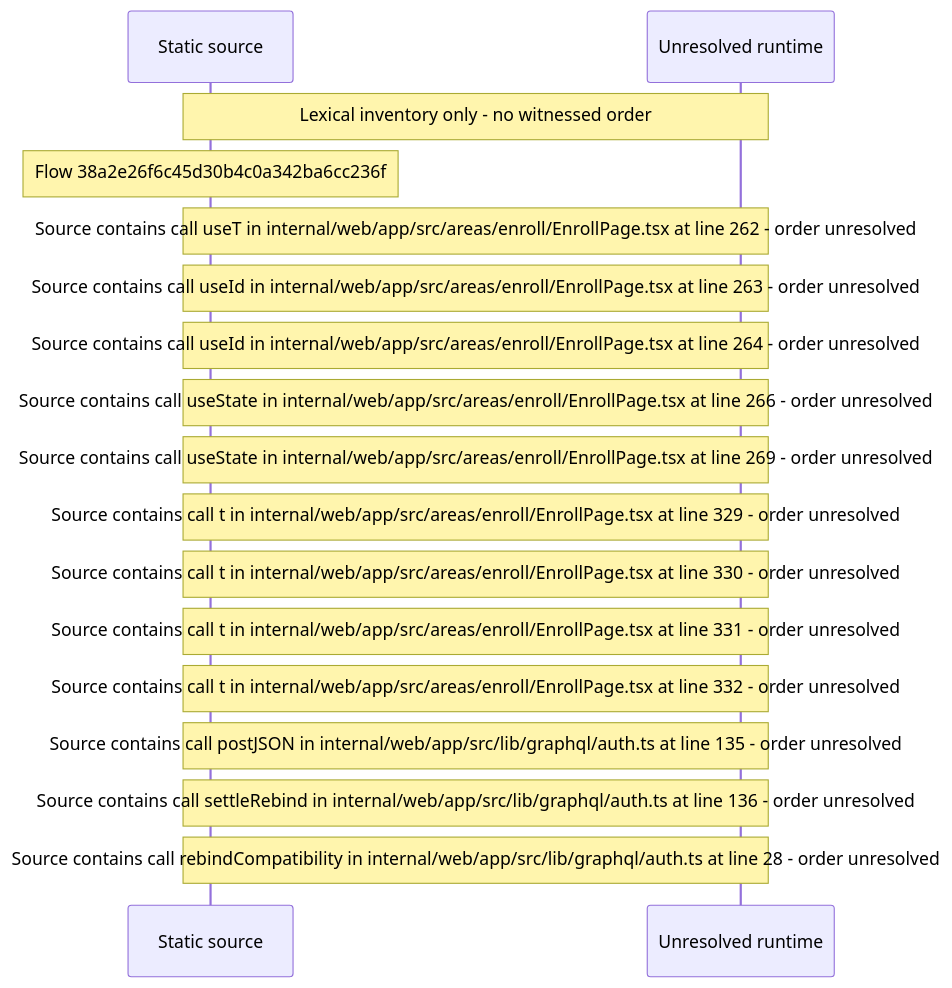
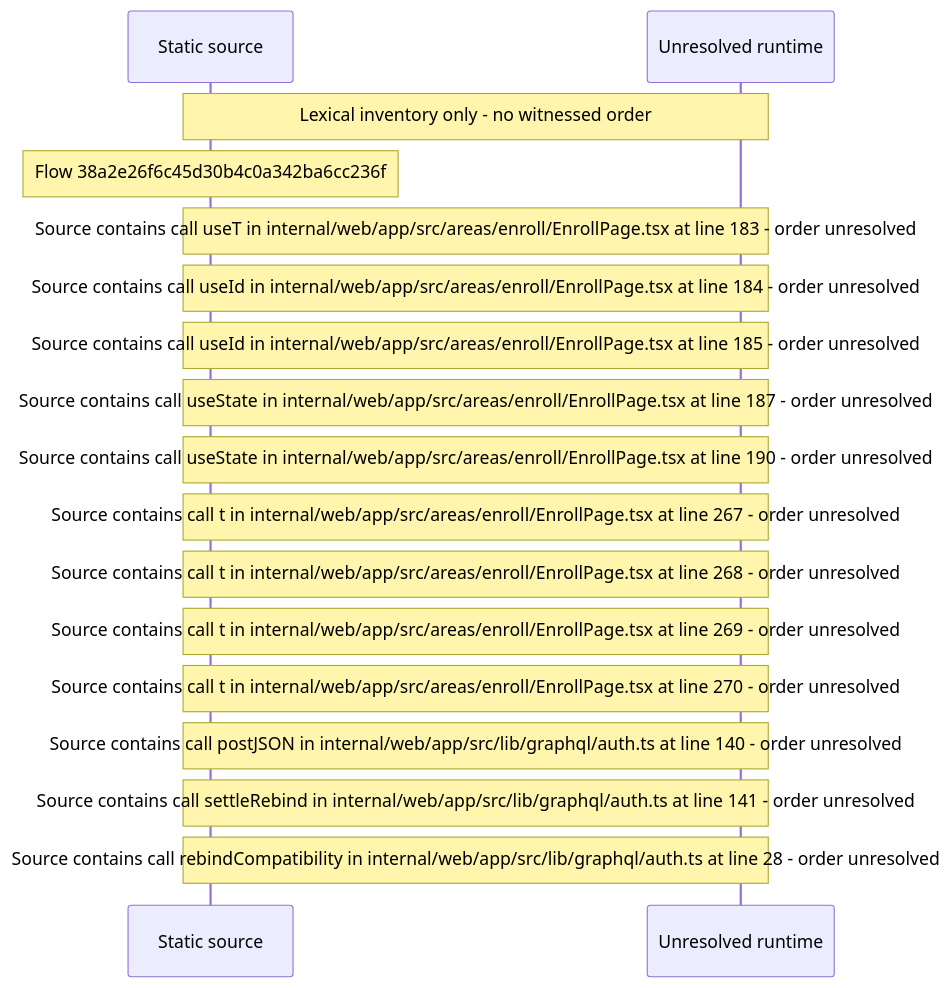
The diagram in docs/web/flows/generated/38a2e26f6c45d30b4c0a342ba6cc236f/flow-diagram.md (beamfall/core), drawn with Mermaid before and after one commit. The commit also changed other lines of this file and 715 other files, not shown here.

First line of the commit message:
Regenerate the web flow record on main after CORE-1117

````diff
--- a/docs/web/flows/generated/38a2e26f6c45d30b4c0a342ba6cc236f/flow-diagram.md
+++ b/docs/web/flows/generated/38a2e26f6c45d30b4c0a342ba6cc236f/flow-diagram.md
@@ -10,19 +10,19 @@
 ```mermaid
 sequenceDiagram
     participant S as Static source
     participant U as Unresolved runtime
     Note over S,U: Lexical inventory only - no witnessed order
     Note over S: Flow 38a2e26f6c45d30b4c0a342ba6cc236f
-    Note over S,U: Source contains call useT in internal/web/app/src/areas/enroll/EnrollPage.tsx at line 262 - order unresolved
-    Note over S,U: Source contains call useId in internal/web/app/src/areas/enroll/EnrollPage.tsx at line 263 - order unresolved
-    Note over S,U: Source contains call useId in internal/web/app/src/areas/enroll/EnrollPage.tsx at line 264 - order unresolved
-    Note over S,U: Source contains call useState in internal/web/app/src/areas/enroll/EnrollPage.tsx at line 266 - order unresolved
-    Note over S,U: Source contains call useState in internal/web/app/src/areas/enroll/EnrollPage.tsx at line 269 - order unresolved
-    Note over S,U: Source contains call t in internal/web/app/src/areas/enroll/EnrollPage.tsx at line 329 - order unresolved
-    Note over S,U: Source contains call t in internal/web/app/src/areas/enroll/EnrollPage.tsx at line 330 - order unresolved
-    Note over S,U: Source contains call t in internal/web/app/src/areas/enroll/EnrollPage.tsx at line 331 - order unresolved
-    Note over S,U: Source contains call t in internal/web/app/src/areas/enroll/EnrollPage.tsx at line 332 - order unresolved
-    Note over S,U: Source contains call postJSON in internal/web/app/src/lib/graphql/auth.ts at line 135 - order unresolved
-    Note over S,U: Source contains call settleRebind in internal/web/app/src/lib/graphql/auth.ts at line 136 - order unresolved
+    Note over S,U: Source contains call useT in internal/web/app/src/areas/enroll/EnrollPage.tsx at line 183 - order unresolved
+    Note over S,U: Source contains call useId in internal/web/app/src/areas/enroll/EnrollPage.tsx at line 184 - order unresolved
+    Note over S,U: Source contains call useId in internal/web/app/src/areas/enroll/EnrollPage.tsx at line 185 - order unresolved
+    Note over S,U: Source contains call useState in internal/web/app/src/areas/enroll/EnrollPage.tsx at line 187 - order unresolved
+    Note over S,U: Source contains call useState in internal/web/app/src/areas/enroll/EnrollPage.tsx at line 190 - order unresolved
+    Note over S,U: Source contains call t in internal/web/app/src/areas/enroll/EnrollPage.tsx at line 267 - order unresolved
+    Note over S,U: Source contains call t in internal/web/app/src/areas/enroll/EnrollPage.tsx at line 268 - order unresolved
+    Note over S,U: Source contains call t in internal/web/app/src/areas/enroll/EnrollPage.tsx at line 269 - order unresolved
+    Note over S,U: Source contains call t in internal/web/app/src/areas/enroll/EnrollPage.tsx at line 270 - order unresolved
+    Note over S,U: Source contains call postJSON in internal/web/app/src/lib/graphql/auth.ts at line 140 - order unresolved
+    Note over S,U: Source contains call settleRebind in internal/web/app/src/lib/graphql/auth.ts at line 141 - order unresolved
     Note over S,U: Source contains call rebindCompatibility in internal/web/app/src/lib/graphql/auth.ts at line 28 - order unresolved
 ```
````
